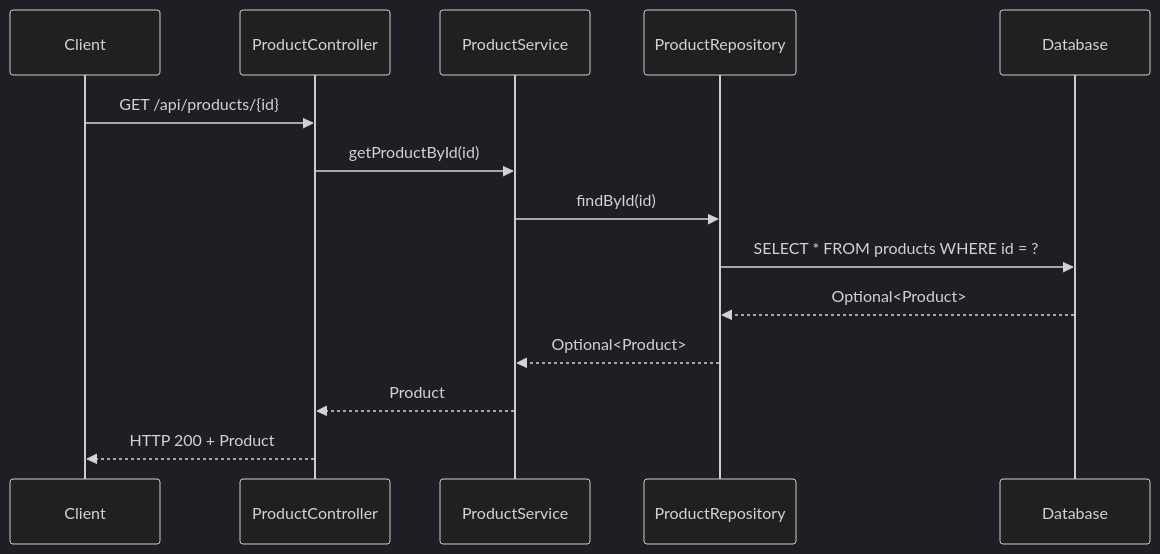
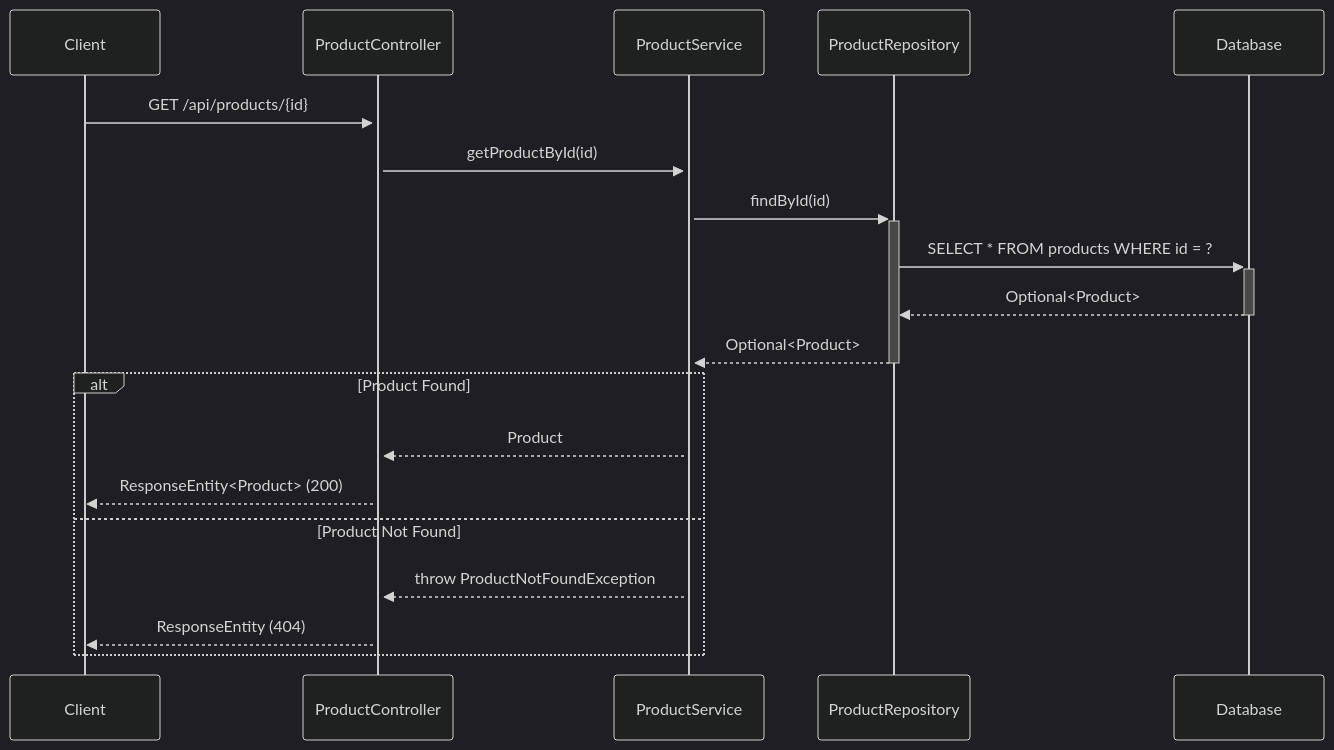
One commit to NavneetBN47/aava-ecom-demo changed the fourth of 9 diagrams in docs/LLD/lld.md. Above: the diagram before and after it, drawn with Mermaid (dark theme). The commit also changed other lines of this file, not shown here.

````diff
--- a/docs/LLD/lld.md
+++ b/docs/LLD/lld.md
@@ -162,17 +121,23 @@
 ```mermaid
 sequenceDiagram
     participant Client
     participant ProductController
     participant ProductService
     participant ProductRepository
     participant Database
     
-    Client->>ProductController: GET /api/products/{id}
-    ProductController->>ProductService: getProductById(id)
-    ProductService->>ProductRepository: findById(id)
-    ProductRepository->>Database: SELECT * FROM products WHERE id = ?
-    Database-->>ProductRepository: Optional<Product>
-    ProductRepository-->>ProductService: Optional<Product>
-    ProductService-->>ProductController: Product
-    ProductController-->>Client: HTTP 200 + Product
+    Client->>+ProductController: GET /api/products/{id}
+    ProductController->>+ProductService: getProductById(id)
+    ProductService->>+ProductRepository: findById(id)
+    ProductRepository->>+Database: SELECT * FROM products WHERE id = ?
+    Database-->>-ProductRepository: Optional<Product>
+    ProductRepository-->>-ProductService: Optional<Product>
+    
+    alt Product Found
+        ProductService-->>ProductController: Product
+        ProductController-->>Client: ResponseEntity<Product> (200)
+    else Product Not Found
+        ProductService-->>ProductController: throw ProductNotFoundException
+        ProductController-->>Client: ResponseEntity (404)
+    end
 ```
````
